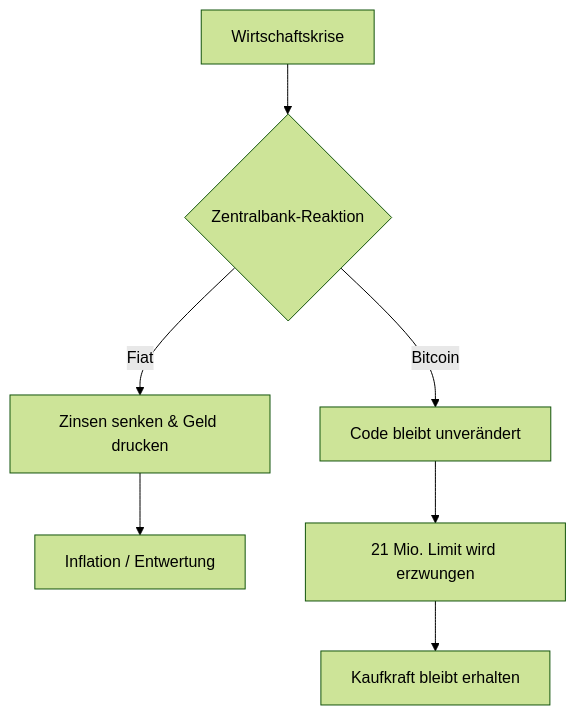
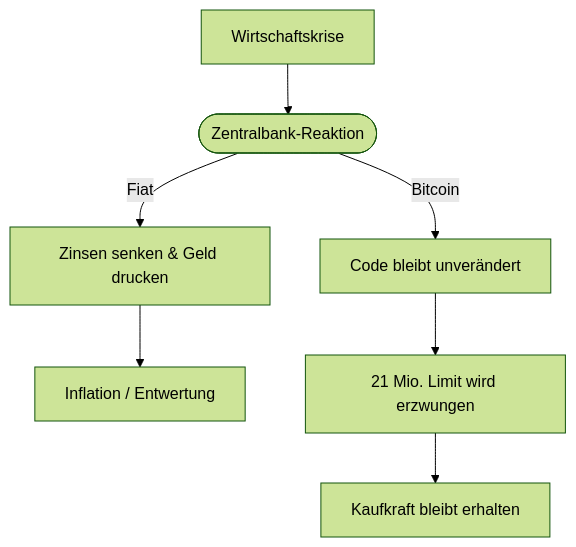
Before and after one commit to annabraun015-stack/krypto-watch: the diagram in src/content/blog/de/bitcoin-vs-fiat-geld.mdx, drawn with Mermaid (forest theme). The commit also changed other lines of this file and 53 other files, not shown here.

```diff
--- a/src/content/blog/de/bitcoin-vs-fiat-geld.mdx
+++ b/src/content/blog/de/bitcoin-vs-fiat-geld.mdx
@@ -63,9 +63,9 @@
 <div class="mermaid">
 graph TD
-    A[Wirtschaftskrise] --> B{Zentralbank-Reaktion}
+    A[Wirtschaftskrise] --> B([Zentralbank-Reaktion])
     B -- Fiat --> C[Zinsen senken & Geld drucken]
     C --> D[Inflation / Entwertung]
     B -- Bitcoin --> E[Code bleibt unverändert]
     E --> F[21 Mio. Limit wird erzwungen]
     F --> G[Kaufkraft bleibt erhalten]
 </div>
```
